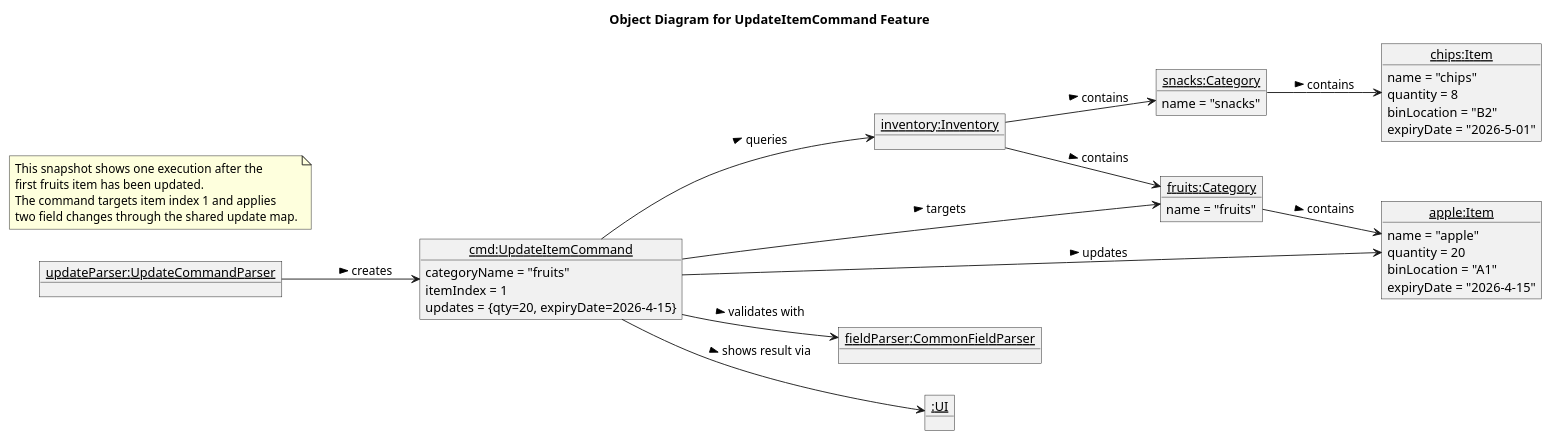
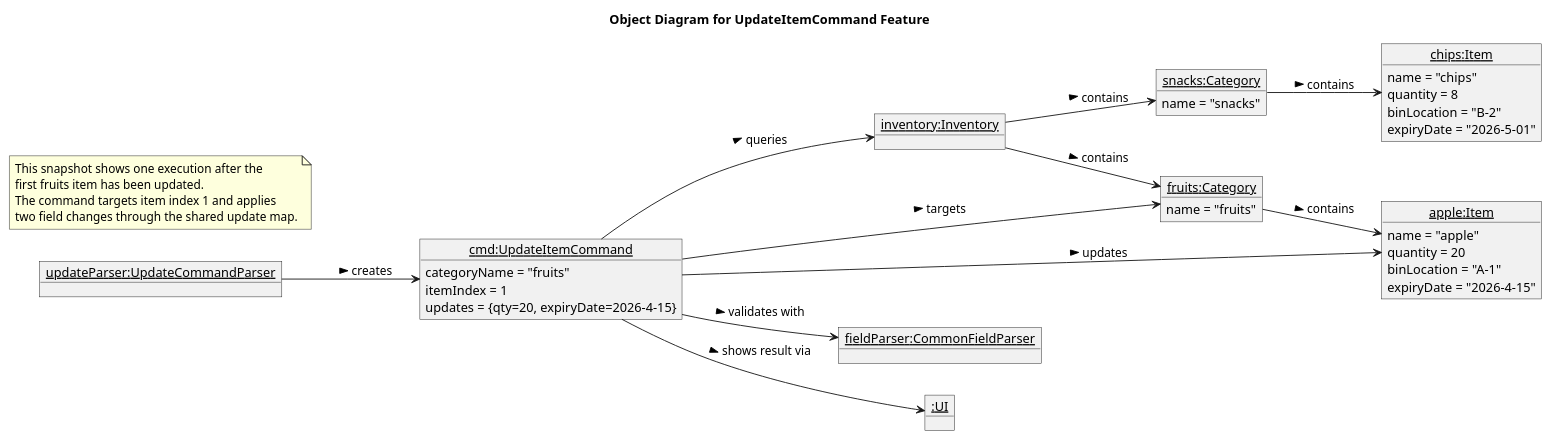
One commit to w-chuhao/tp changed the diagram in docs/diagrams/object/UpdateItemCommandObjectDiagram.puml. Above: the diagram before and after it, drawn with PlantUML. The commit also changed other lines of this file and 17 other files, not shown here.

```diff
--- a/docs/diagrams/object/UpdateItemCommandObjectDiagram.puml
+++ b/docs/diagrams/object/UpdateItemCommandObjectDiagram.puml
@@ -1,51 +1,51 @@
 @startuml
 title Object Diagram for UpdateItemCommand Feature
 hide circle
 left to right direction
 
 object "<u>updateParser:UpdateCommandParser</u>" as parser
 object "<u>cmd:UpdateItemCommand</u>" as command {
   categoryName = "fruits"
   itemIndex = 1
   updates = {qty=20, expiryDate=2026-4-15}
 }
 object "<u>inventory:Inventory</u>" as inventory
 object "<u>fruits:Category</u>" as fruits {
   name = "fruits"
 }
 object "<u>snacks:Category</u>" as snacks {
   name = "snacks"
 }
 object "<u>apple:Item</u>" as apple {
   name = "apple"
   quantity = 20
-  binLocation = "A1"
+  binLocation = "A-1"
   expiryDate = "2026-4-15"
 }
 object "<u>chips:Item</u>" as chips {
   name = "chips"
   quantity = 8
-  binLocation = "B2"
+  binLocation = "B-2"
   expiryDate = "2026-5-01"
 }
 object "<u>fieldParser:CommonFieldParser</u>" as fieldParser
 object "<u>:UI</u>" as ui
 
 note as N1
   This snapshot shows one execution after the
   first fruits item has been updated.
   The command targets item index 1 and applies
   two field changes through the shared update map.
 end note
 
 parser --> command : creates >
 command --> inventory : queries >
 command --> fruits : targets >
 command --> apple : updates >
 command --> fieldParser : validates with >
 command --> ui : shows result via >
 inventory --> fruits : contains >
 inventory --> snacks : contains >
 fruits --> apple : contains >
 snacks --> chips : contains >
 @enduml
```
